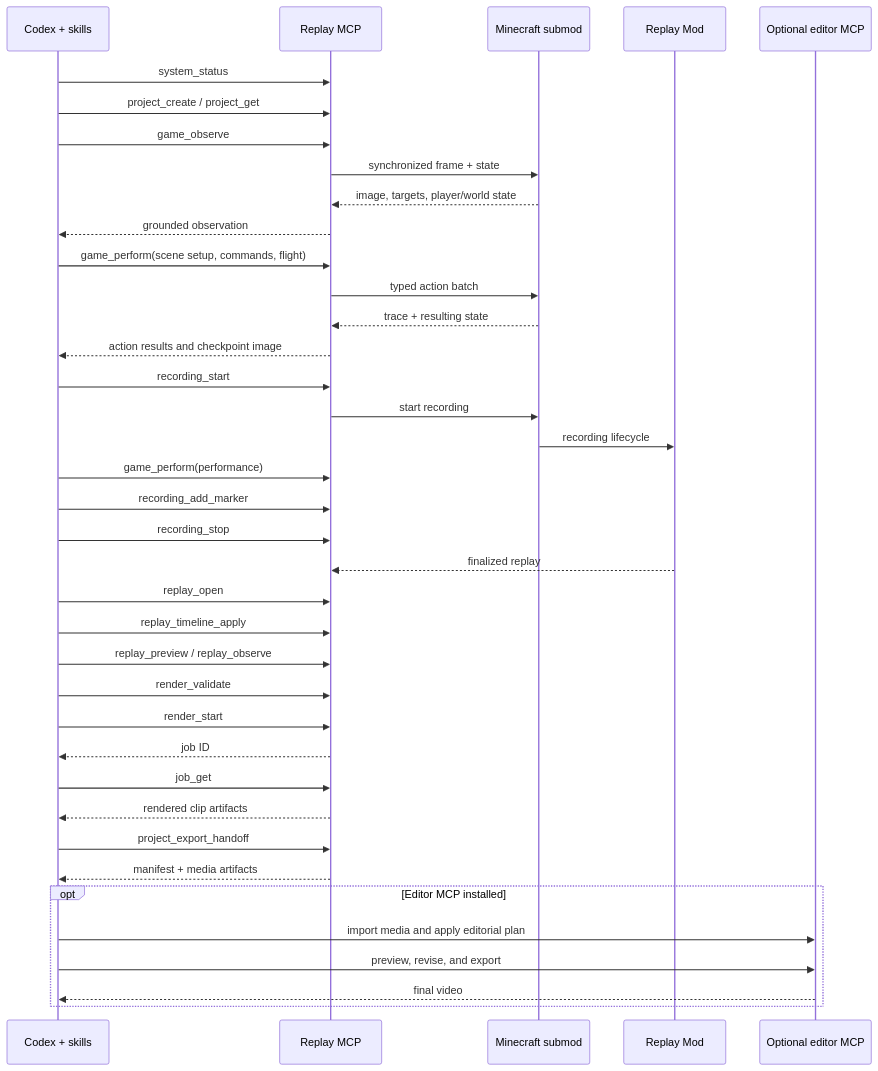
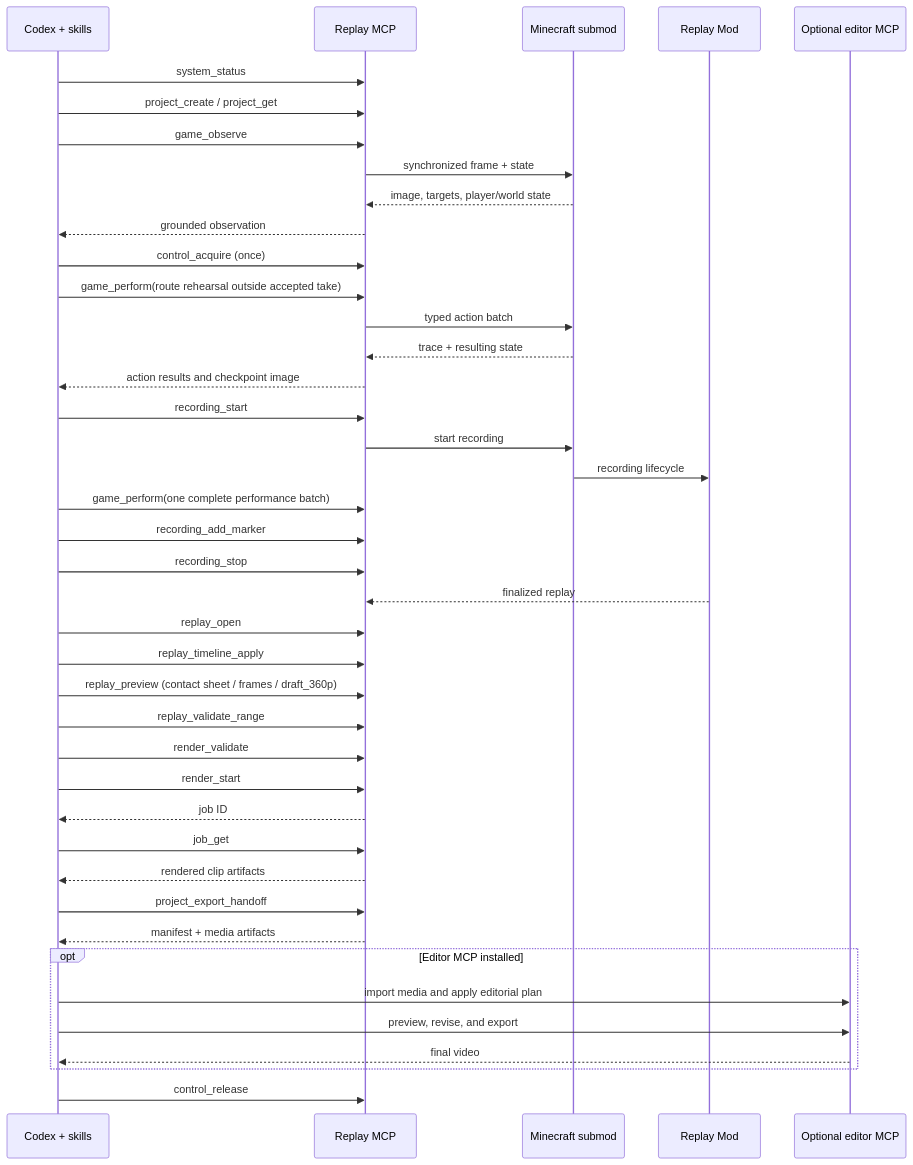
Before and after one commit to ofts-cqm/Replay-MCP: the fifth of 6 diagrams in ARCHITECTURE.md, drawn with Mermaid. The commit also changed other lines of this file and 19 other files, not shown here.

````diff
--- a/ARCHITECTURE.md
+++ b/ARCHITECTURE.md
@@ -1199,45 +1226,48 @@
 ```mermaid
 sequenceDiagram
     participant A as Codex + skills
     participant M as Replay MCP
     participant G as Minecraft submod
     participant R as Replay Mod
     participant E as Optional editor MCP
 
     A->>M: system_status
     A->>M: project_create / project_get
     A->>M: game_observe
     M->>G: synchronized frame + state
     G-->>M: image, targets, player/world state
     M-->>A: grounded observation
 
-    A->>M: game_perform(scene setup, commands, flight)
+    A->>M: control_acquire (once)
+    A->>M: game_perform(route rehearsal outside accepted take)
     M->>G: typed action batch
     G-->>M: trace + resulting state
     M-->>A: action results and checkpoint image
 
     A->>M: recording_start
     M->>G: start recording
     G->>R: recording lifecycle
-    A->>M: game_perform(performance)
+    A->>M: game_perform(one complete performance batch)
     A->>M: recording_add_marker
     A->>M: recording_stop
     R-->>M: finalized replay
 
     A->>M: replay_open
     A->>M: replay_timeline_apply
-    A->>M: replay_preview / replay_observe
+    A->>M: replay_preview (contact sheet / frames / draft_360p)
+    A->>M: replay_validate_range
     A->>M: render_validate
     A->>M: render_start
     M-->>A: job ID
     A->>M: job_get
     M-->>A: rendered clip artifacts
 
     A->>M: project_export_handoff
     M-->>A: manifest + media artifacts
     opt Editor MCP installed
         A->>E: import media and apply editorial plan
         A->>E: preview, revise, and export
         E-->>A: final video
     end
+    A->>M: control_release
 ```
````
